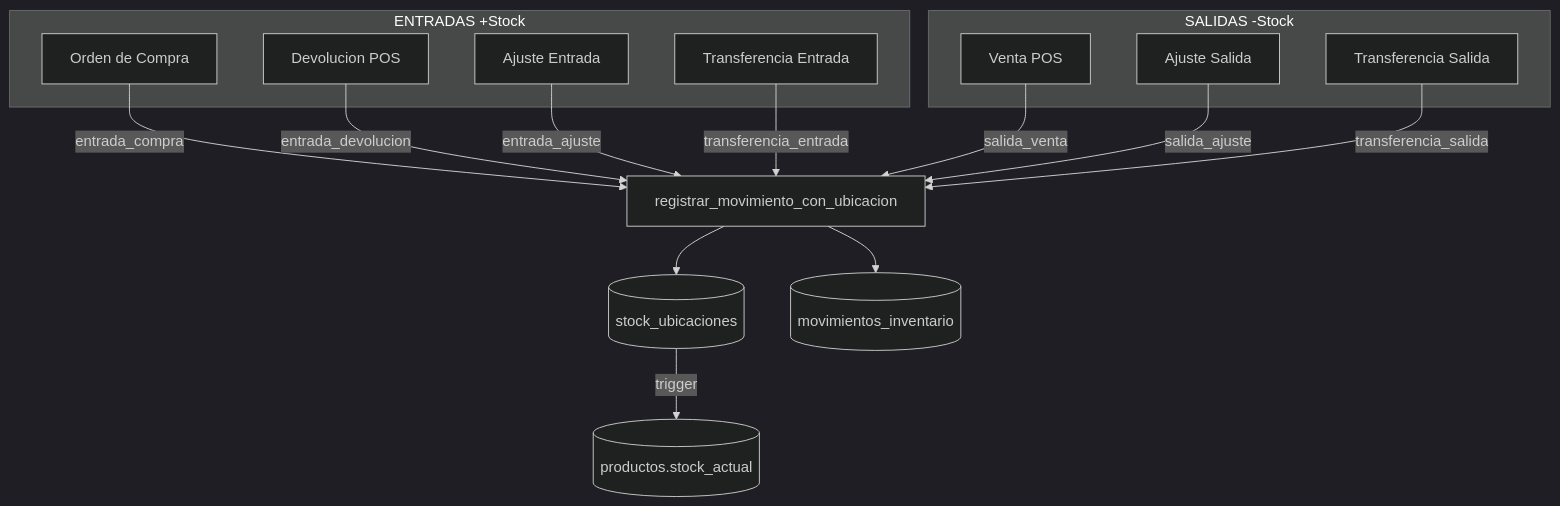
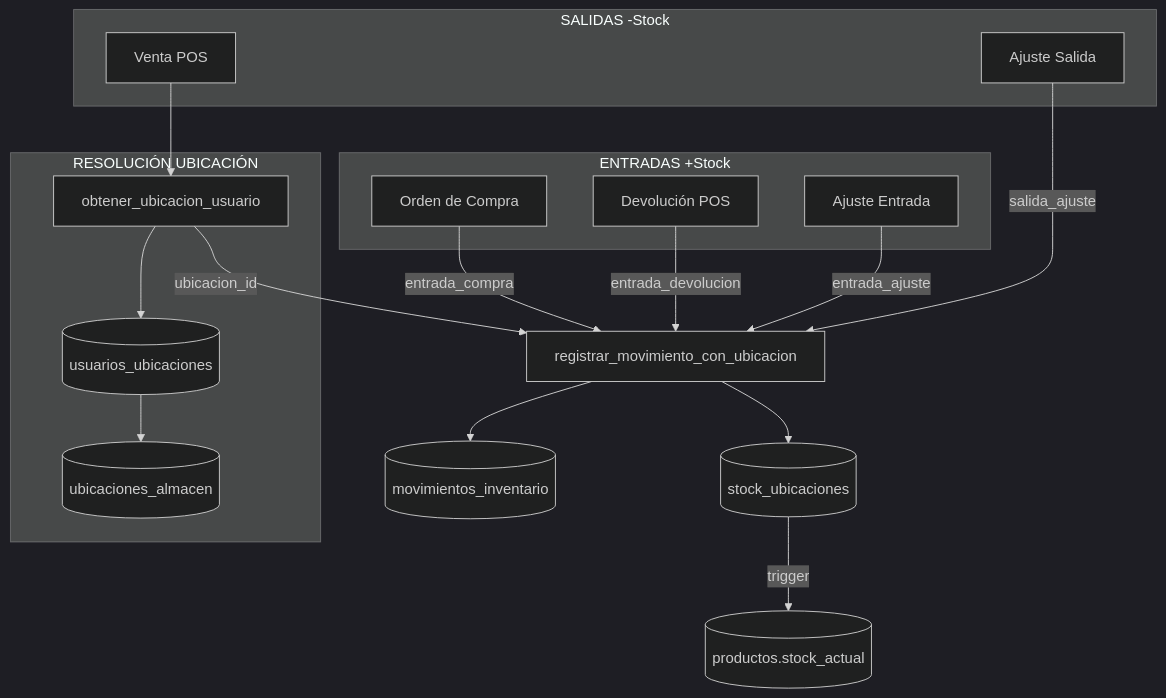
Before and after one commit to KikeTorillo/n8nAutomatizaciones: the diagram in docs/MODULO_INVENTARIO_CONSOLIDACION_STOCK.md, drawn with Mermaid (dark theme). The commit also changed other lines of this file and 15 other files, not shown here.

````diff
--- a/docs/MODULO_INVENTARIO_CONSOLIDACION_STOCK.md
+++ b/docs/MODULO_INVENTARIO_CONSOLIDACION_STOCK.md
@@ -21,30 +21,36 @@
 ```mermaid
 flowchart TB
     subgraph ENTRADAS["ENTRADAS +Stock"]
         OC[Orden de Compra]
-        DEV[Devolucion POS]
+        DEV[Devolución POS]
         AJE[Ajuste Entrada]
-        TRE[Transferencia Entrada]
     end
 
     subgraph SALIDAS["SALIDAS -Stock"]
         VTA[Venta POS]
         AJS[Ajuste Salida]
-        TRS[Transferencia Salida]
+    end
+
+    subgraph WMS["RESOLUCIÓN UBICACIÓN"]
+        UU[(usuarios_ubicaciones)]
+        UA[(ubicaciones_almacen)]
+        FN_UB[obtener_ubicacion_usuario]
     end
 
     OC -->|entrada_compra| FN
     DEV -->|entrada_devolucion| FN
     AJE -->|entrada_ajuste| FN
-    TRE -->|transferencia_entrada| FN
 
-    VTA -->|salida_venta| FN
+    VTA --> FN_UB
+    FN_UB --> UU
+    UU --> UA
+    FN_UB -->|ubicacion_id| FN
+
     AJS -->|salida_ajuste| FN
-    TRS -->|transferencia_salida| FN
 
     FN[registrar_movimiento_con_ubicacion]
 
     FN --> SU[(stock_ubicaciones)]
     FN --> MI[(movimientos_inventario)]
     SU -->|trigger| SP[(productos.stock_actual)]
 ```
````
